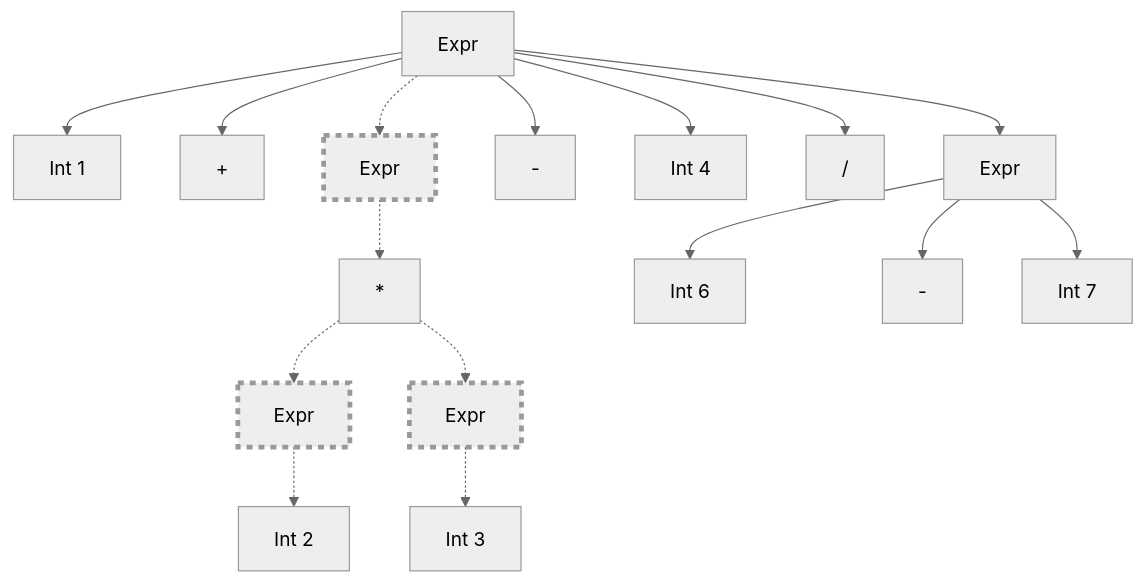
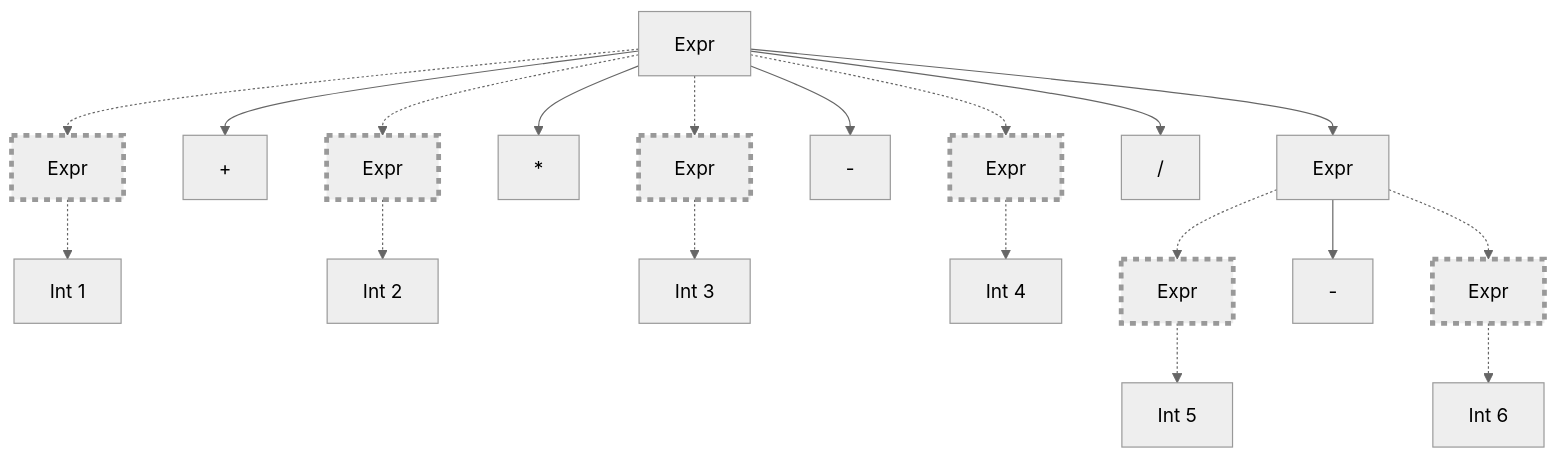
One commit to microsoft/Trieste changed diagram 23 of 28 in samples/infix/README.md. Above: the diagram before and after it, drawn with Mermaid (neutral theme). The commit also changed other lines of this file and 9 other files, not shown here.

````diff
--- a/samples/infix/README.md
+++ b/samples/infix/README.md
@@ -1111,19 +1143,22 @@
 ``` mermaid
 flowchart TD
-  A[Expr]-->B[Int 1]
+  A[Expr]-.->BB[Expr]:::current
+  BB-.->B[Int 1]
   A-->C[+]
-  A-.->N[Expr]:::current
-  N-.->E[*]
-  E-.->DD[Expr]:::current
+  A-.->DD[Expr]:::current
   DD-.->D[Int 2]
-  E-.->FF[Expr]:::current
+  A-->E[*]
+  A-.->FF[Expr]:::current
   FF-.->F[Int 3]
   A-->G[-]
-  A-->H[Int 4]
+  A-.->HH[Expr]:::current
+  HH-.->H[Int 4]
   A-->I["#47;"]
   A-->J[Expr]
-  J-->K[Int 6]
+  J-.->KK[Expr]:::current
+  KK-.->K[Int 5]
   J-->L[-]
-  J-->M[Int 7]
+  J-.->MM[Expr]:::current
+  MM-.->M[Int 6]
   classDef current stroke-width:4px,stroke-dasharray:5 5;
 ```
````
